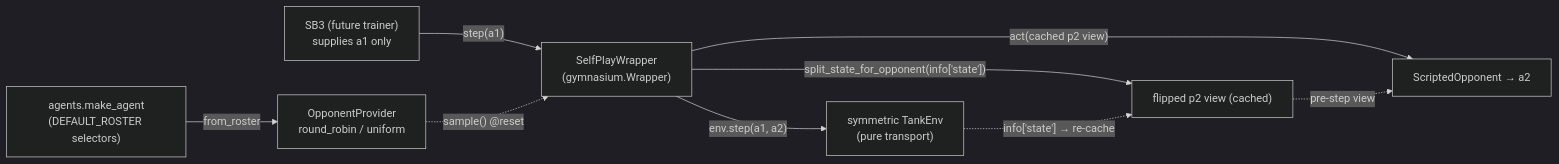
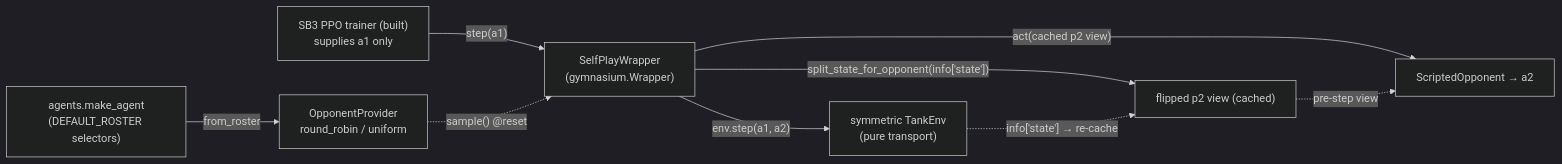
Before and after one commit to urciuolim/TankTwinStickShooter: the third of 4 diagrams in docs/components/rl.md, drawn with Mermaid (dark theme). The commit also changed other lines of this file and 7 other files, not shown here.

````diff
--- a/docs/components/rl.md
+++ b/docs/components/rl.md
@@ -359,11 +400,11 @@
 ```mermaid
 graph LR
-    sb3["SB3 (future trainer)<br/>supplies a1 only"] -->|"step(a1)"| wrap["SelfPlayWrapper<br/>(gymnasium.Wrapper)"]
+    sb3["SB3 PPO trainer (built)<br/>supplies a1 only"] -->|"step(a1)"| wrap["SelfPlayWrapper<br/>(gymnasium.Wrapper)"]
     prov["OpponentProvider<br/>round_robin / uniform"] -.->|"sample() @reset"| wrap
     agents["agents.make_agent<br/>(DEFAULT_ROSTER selectors)"] -->|from_roster| prov
     wrap -->|"act(cached p2 view)"| opp["ScriptedOpponent → a2"]
     wrap -->|"split_state_for_opponent(info['state'])"| flip["flipped p2 view (cached)"]
     flip -.->|pre-step view| opp
     wrap -->|"env.step(a1, a2)"| env["symmetric TankEnv<br/>(pure transport)"]
     env -.->|"info['state'] → re-cache"| flip
 ```
````
